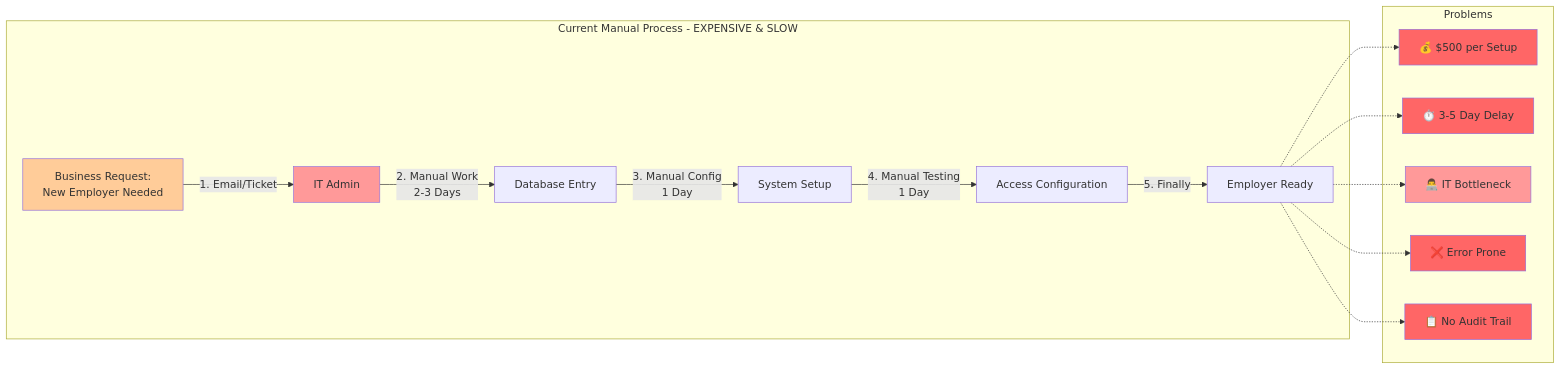
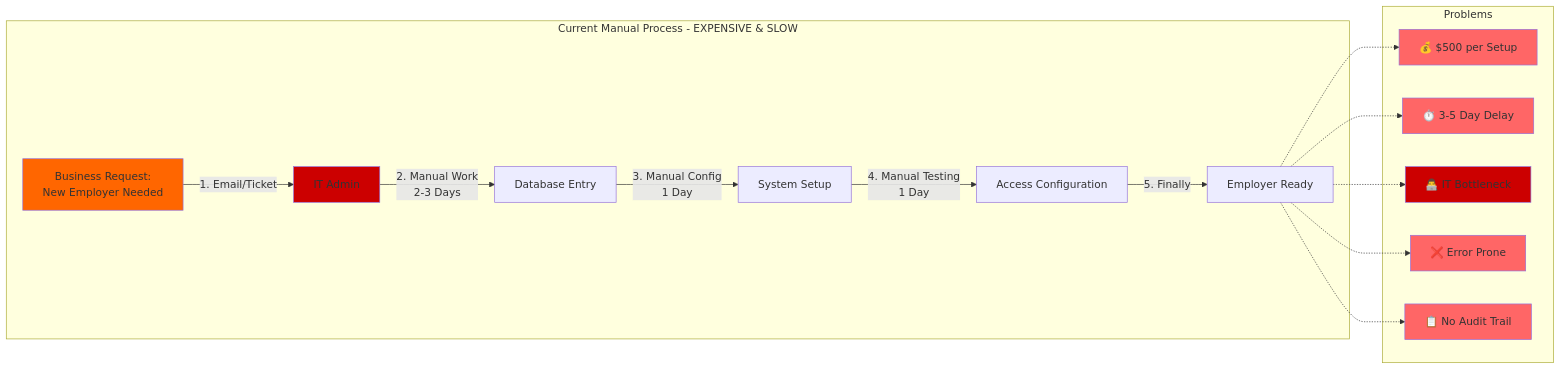
One commit to hi-dil/SSO-POC changed diagram 11 of 21 in docs/architecture/challenges-and-solutions.md. Above: the diagram before and after it, drawn with Mermaid. The commit also changed other lines of this file, not shown here.

````diff
--- a/docs/architecture/challenges-and-solutions.md
+++ b/docs/architecture/challenges-and-solutions.md
@@ -372,33 +369,33 @@
 ```mermaid
 flowchart LR
     subgraph "Current Manual Process - EXPENSIVE & SLOW"
         A[Business Request:<br/>New Employer Needed] 
         A -->|1. Email/Ticket| B[IT Admin]
         B -->|2. Manual Work<br/>2-3 Days| C[Database Entry]
         C -->|3. Manual Config<br/>1 Day| D[System Setup]
         D -->|4. Manual Testing<br/>1 Day| E[Access Configuration]
         E -->|5. Finally| F[Employer Ready]
     end
     
     subgraph "Problems"
         P1[💰 $500 per Setup]
         P2[⏱️ 3-5 Day Delay]
         P3[👨‍💻 IT Bottleneck]
         P4[❌ Error Prone]
         P5[📋 No Audit Trail]
     end
     
     F -.-> P1
     F -.-> P2
     F -.-> P3
     F -.-> P4
     F -.-> P5
     
-    style A fill:#ffcc99
-    style B fill:#ff9999
+    style A fill:#ff6600
+    style B fill:#cc0000
     style P1 fill:#ff6666
     style P2 fill:#ff6666
-    style P3 fill:#ff9999
+    style P3 fill:#cc0000
     style P4 fill:#ff6666
     style P5 fill:#ff6666
 ```
````
